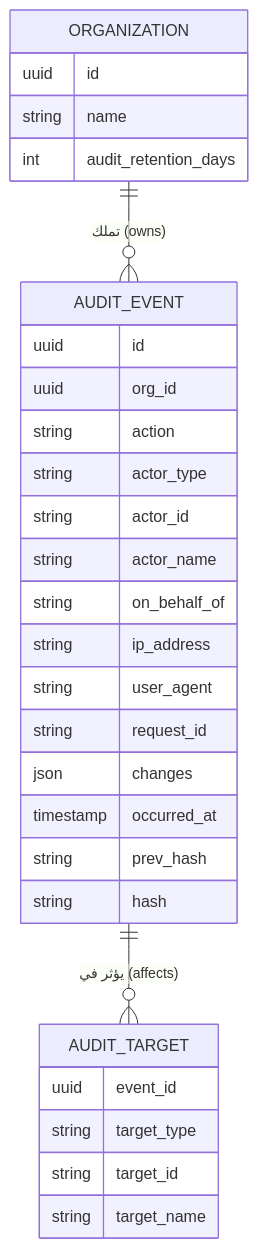
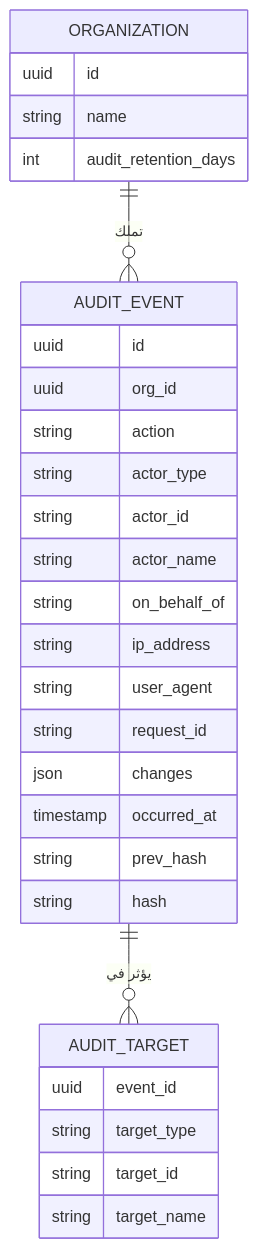
One commit to Tamoura/system-design-for-vibe-coders changed the fourth of 7 diagrams in saas/modules/07-operations.ar.md. Above: the diagram before and after it, drawn with Mermaid. The commit also changed other lines of this file and 551 other files, not shown here.

````diff
--- a/saas/modules/07-operations.ar.md
+++ b/saas/modules/07-operations.ar.md
@@ -608,32 +608,32 @@
 ```mermaid
 erDiagram
-  ORGANIZATION ||--o{ AUDIT_EVENT : "تملك (owns)"
-  AUDIT_EVENT ||--o{ AUDIT_TARGET : "يؤثر في (affects)"
+  ORGANIZATION ||--o{ AUDIT_EVENT : "تملك"
+  AUDIT_EVENT ||--o{ AUDIT_TARGET : "يؤثر في"
   AUDIT_EVENT {
     uuid id
     uuid org_id
     string action
     string actor_type
     string actor_id
     string actor_name
     string on_behalf_of
     string ip_address
     string user_agent
     string request_id
     json changes
     timestamp occurred_at
     string prev_hash
     string hash
   }
   AUDIT_TARGET {
     uuid event_id
     string target_type
     string target_id
     string target_name
   }
   ORGANIZATION {
     uuid id
     string name
     int audit_retention_days
   }
 ```
````
